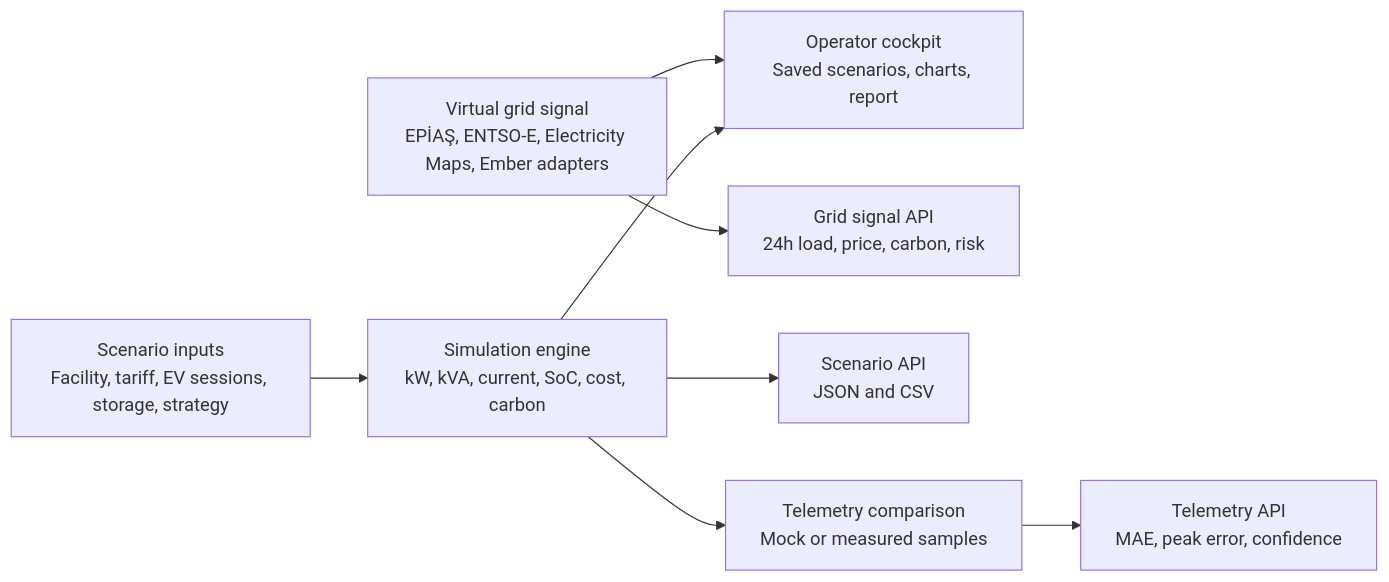
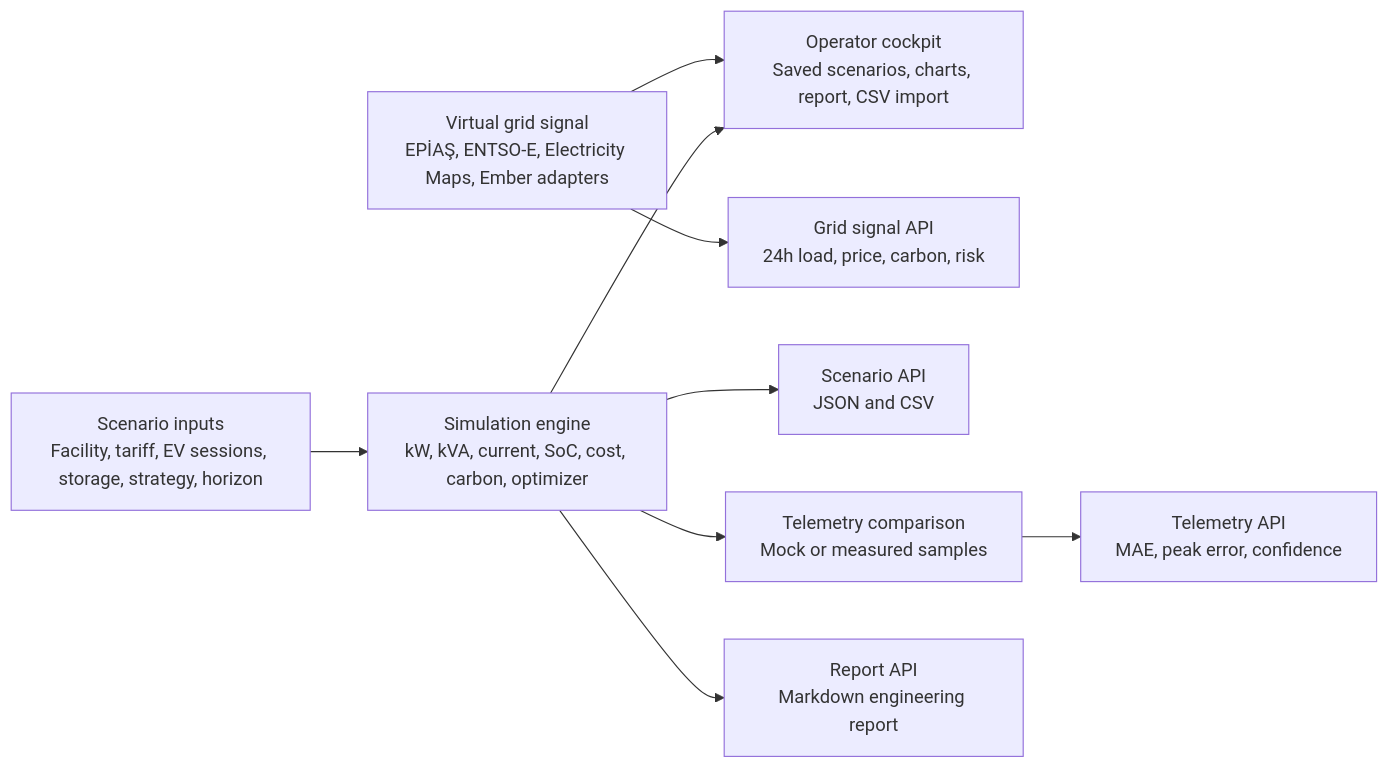
One commit to emrefbulut/VoltPilot changed the diagram in docs/FLEXGRID_TR_ARCHITECTURE.md. Above: the diagram before and after it, drawn with Mermaid. The commit also changed other lines of this file and 16 other files, not shown here.

Commit message:
Add optimizer reports and telemetry import

````diff
--- a/docs/FLEXGRID_TR_ARCHITECTURE.md
+++ b/docs/FLEXGRID_TR_ARCHITECTURE.md
@@ -5,10 +5,11 @@
 ```mermaid
 flowchart LR
-    A["Scenario inputs\nFacility, tariff, EV sessions, storage, strategy"] --> B["Simulation engine\nkW, kVA, current, SoC, cost, carbon"]
-    B --> C["Operator cockpit\nSaved scenarios, charts, report"]
+    A["Scenario inputs\nFacility, tariff, EV sessions, storage, strategy, horizon"] --> B["Simulation engine\nkW, kVA, current, SoC, cost, carbon, optimizer"]
+    B --> C["Operator cockpit\nSaved scenarios, charts, report, CSV import"]
     G["Virtual grid signal\nEPİAŞ, ENTSO-E, Electricity Maps, Ember adapters"] --> C
     G --> D["Grid signal API\n24h load, price, carbon, risk"]
     B --> E["Scenario API\nJSON and CSV"]
     B --> F["Telemetry comparison\nMock or measured samples"]
     F --> H["Telemetry API\nMAE, peak error, confidence"]
+    B --> I["Report API\nMarkdown engineering report"]
 ```
````
